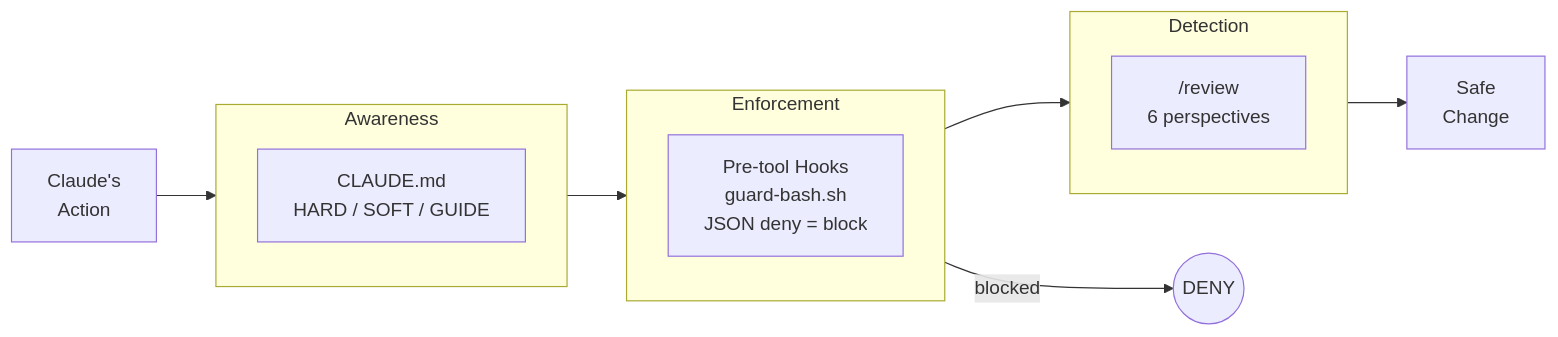
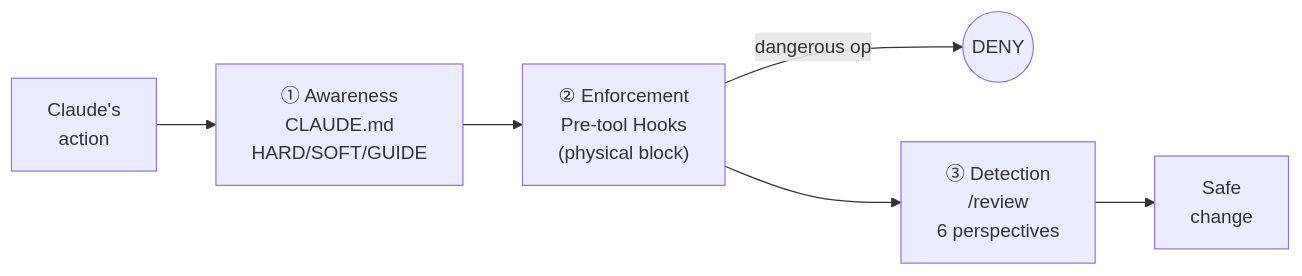
Before and after one commit to SideMountain/claude-code-sidekick: the second of 3 diagrams in README.md, drawn with Mermaid. The commit also changed other lines of this file and 6 other files, not shown here.

````diff
--- a/README.md
+++ b/README.md
@@ -140,17 +227,9 @@
 ```mermaid
 flowchart LR
-    OP["Claude's\nAction"] --> L1
-    subgraph L1["Awareness"]
-        A["CLAUDE.md\nHARD / SOFT / GUIDE"]
-    end
-    L1 --> L2
-    subgraph L2["Enforcement"]
-        B["Pre-tool Hooks\nguard-bash.sh\nJSON deny = block"]
-    end
-    L2 -->|"blocked"| DENY(("DENY"))
+    OP["Claude's<br/>action"] --> L1
+    L1["① Awareness<br/>CLAUDE.md<br/>HARD/SOFT/GUIDE"] --> L2
+    L2["② Enforcement<br/>Pre-tool Hooks<br/>(physical block)"]
+    L2 -->|"dangerous op"| DENY(("DENY"))
     L2 --> L3
-    subgraph L3["Detection"]
-        C["/review\n6 perspectives"]
-    end
-    L3 --> SAFE["Safe\nChange"]
+    L3["③ Detection<br/>/review<br/>6 perspectives"] --> SAFE["Safe<br/>change"]
 ```
````
